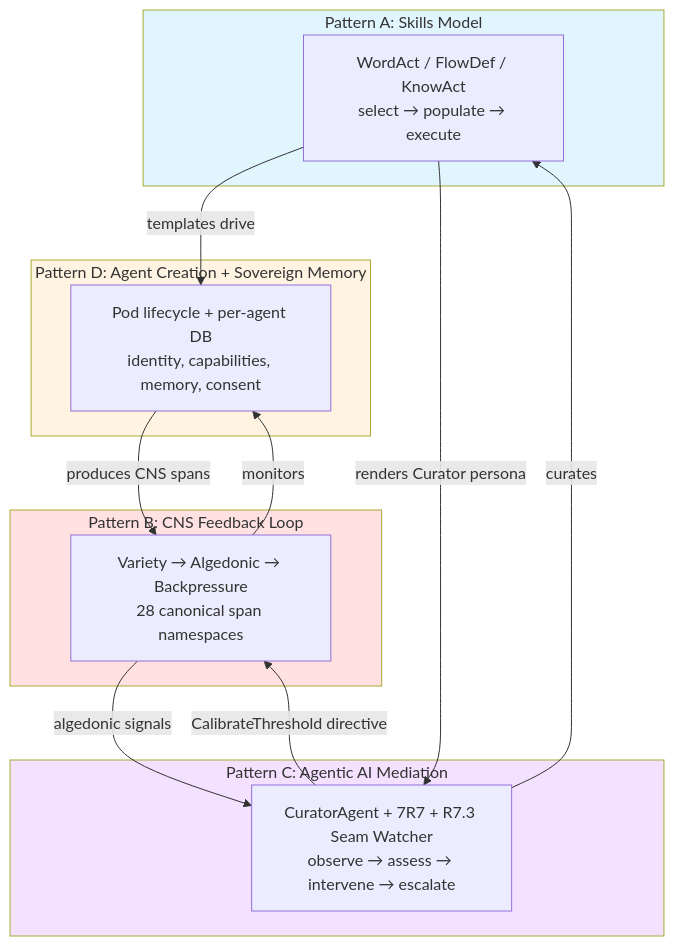
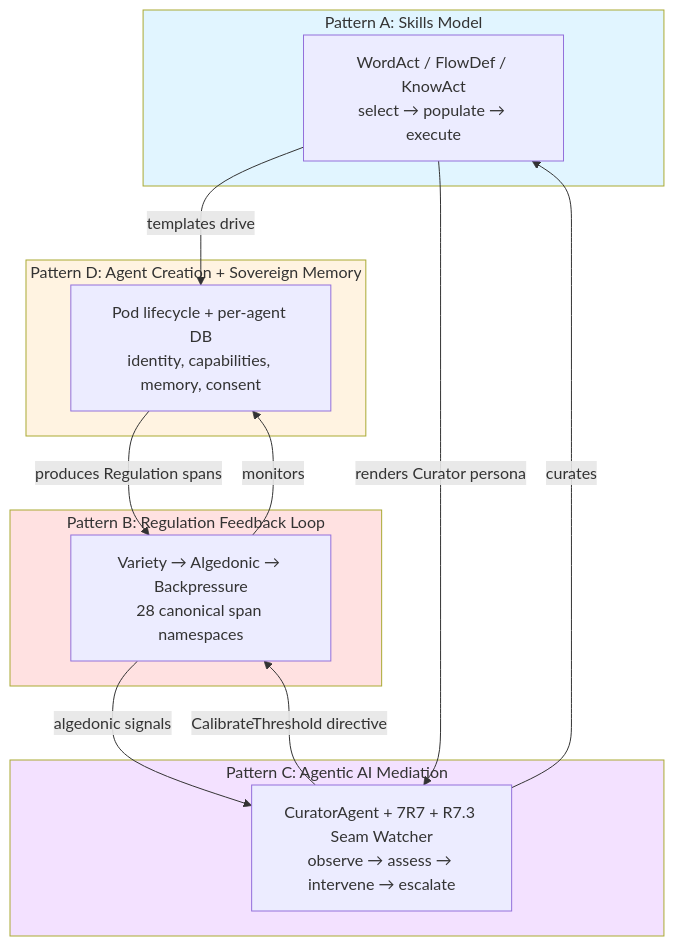
The first of 24 diagrams in docs/architecture/core/hKask-architecture-master.md (mdz-axo/hKask), drawn with Mermaid before and after one commit. The commit also changed other lines of this file and 68 other files, not shown here.

First line of the commit message:
Rename CNS to Regulation across docs

````diff
--- a/docs/architecture/core/hKask-architecture-master.md
+++ b/docs/architecture/core/hKask-architecture-master.md
@@ -345,31 +345,31 @@
 ```mermaid
 graph TD
     subgraph Skills["Pattern A: Skills Model"]
         SK["WordAct / FlowDef / KnowAct<br/>select → populate → execute"]
     end
 
-    subgraph CNS["Pattern B: CNS Feedback Loop"]
+    subgraph Regulation["Pattern B: Regulation Feedback Loop"]
         CN["Variety → Algedonic → Backpressure\n28 canonical span namespaces"]
     end
 
     subgraph Curator["Pattern C: Agentic AI Mediation"]
         CU["CuratorAgent + 7R7 + R7.3 Seam Watcher<br/>observe → assess → intervene → escalate"]
     end
 
     subgraph Agents["Pattern D: Agent Creation + Sovereign Memory"]
         AG["Pod lifecycle + per-agent DB<br/>identity, capabilities, memory, consent"]
     end
 
     SK -->|"templates drive"| AG
     CN -->|"monitors"| AG
     CN -->|"algedonic signals"| CU
     CU -->|"CalibrateThreshold directive"| CN
     CU -->|"curates"| SK
-    AG -->|"produces CNS spans"| CN
+    AG -->|"produces Regulation spans"| CN
     SK -->|"renders Curator persona"| CU
 
     style Skills fill:#e1f5ff
-    style CNS fill:#ffe1e1
+    style Regulation fill:#ffe1e1
     style Curator fill:#f3e1ff
     style Agents fill:#fff3e1
 ```
````
